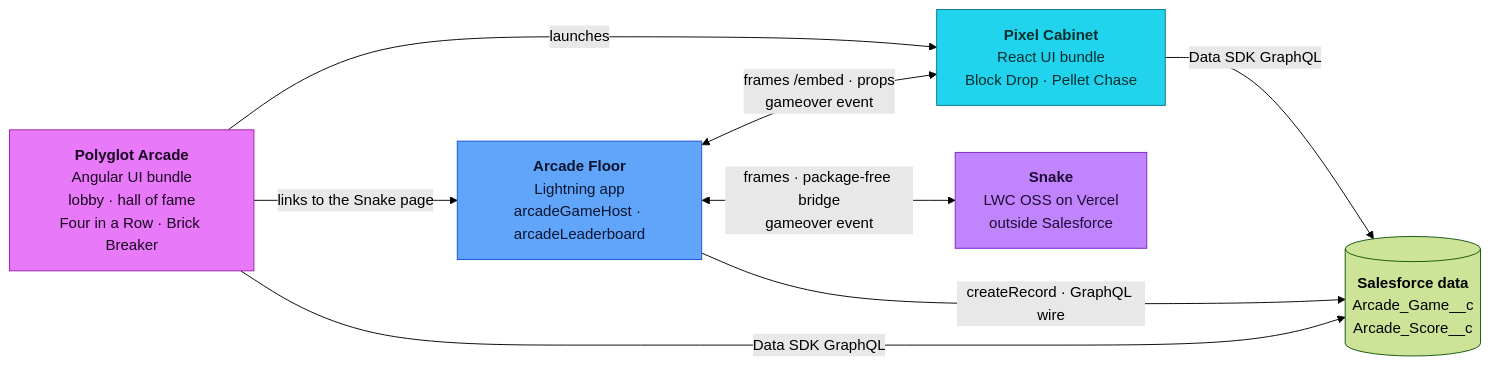
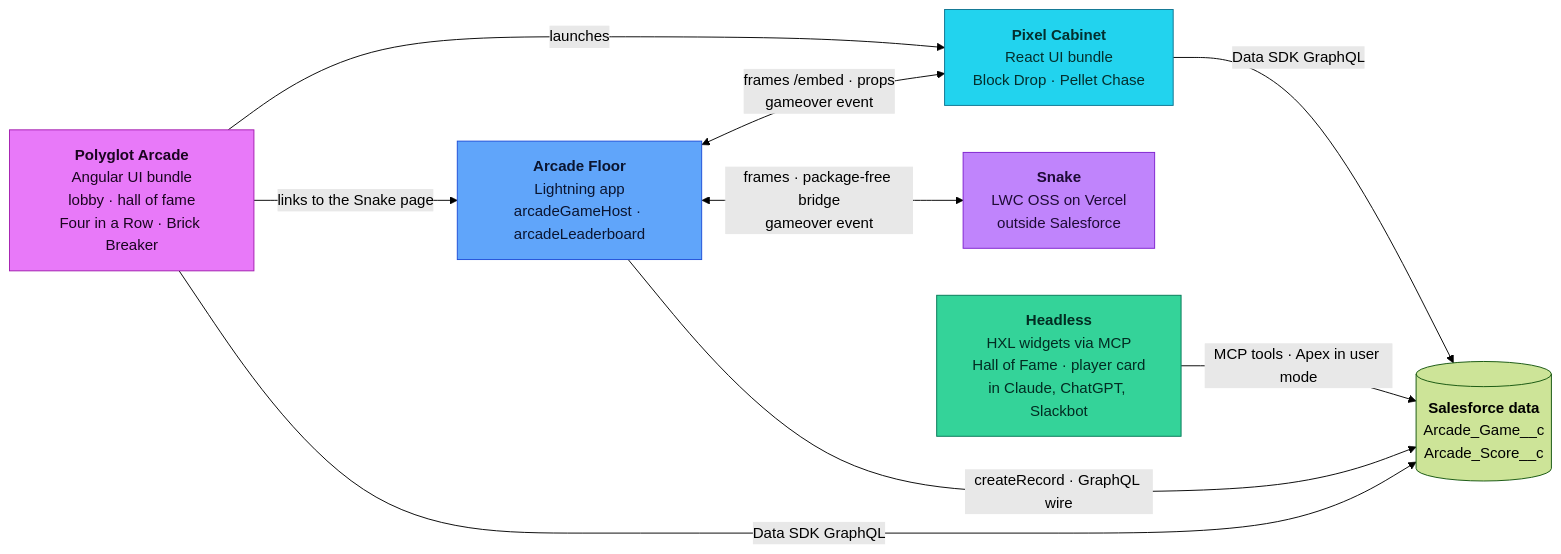
One commit to svierk/polyglot-arcade changed the diagram in README.md. Above: the diagram before and after it, drawn with Mermaid (forest theme). The commit also changed other lines of this file and 61 other files, not shown here.

First line of the commit message:
feat(headless): hall of fame and player card as HXL widgets via MCP (#29)

````diff
--- a/README.md
+++ b/README.md
@@ -18,23 +18,27 @@
 ```mermaid
 flowchart LR
     Hub["<b>Polyglot Arcade</b><br/>Angular UI bundle<br/>lobby · hall of fame<br/>Four in a Row · Brick Breaker"]
     Cab["<b>Pixel Cabinet</b><br/>React UI bundle<br/>Block Drop · Pellet Chase"]
     Floor["<b>Arcade Floor</b><br/>Lightning app<br/>arcadeGameHost · arcadeLeaderboard"]
     Snake["<b>Snake</b><br/>LWC OSS on Vercel<br/>outside Salesforce"]
     Data[("<b>Salesforce data</b><br/>Arcade_Game__c<br/>Arcade_Score__c")]
+    Chat["<b>Headless</b><br/>HXL widgets via MCP<br/>Hall of Fame · player card<br/>in Claude, ChatGPT, Slackbot"]
     Hub -- "launches" --> Cab
     Hub -- "links to the Snake page" --> Floor
     Floor <-- "frames /embed · props<br/>gameover event" --> Cab
     Floor <-- "frames · package-free bridge<br/>gameover event" --> Snake
     Hub -- "Data SDK GraphQL" --> Data
     Cab -- "Data SDK GraphQL" --> Data
     Floor -- "createRecord · GraphQL wire" --> Data
+    Chat -- "MCP tools · Apex in user mode" --> Data
     classDef hub fill:#e879f9,stroke:#a21caf,color:#1a0520
     classDef cabinet fill:#22d3ee,stroke:#0e7490,color:#042f2e
     classDef floor fill:#60a5fa,stroke:#1d4ed8,color:#0b1530
     classDef guest fill:#c084fc,stroke:#7e22ce,color:#1e0b36
+    classDef headless fill:#34d399,stroke:#047857,color:#022c22
     class Hub hub
     class Cab cabinet
     class Floor floor
     class Snake guest
+    class Chat headless
 ```
````
